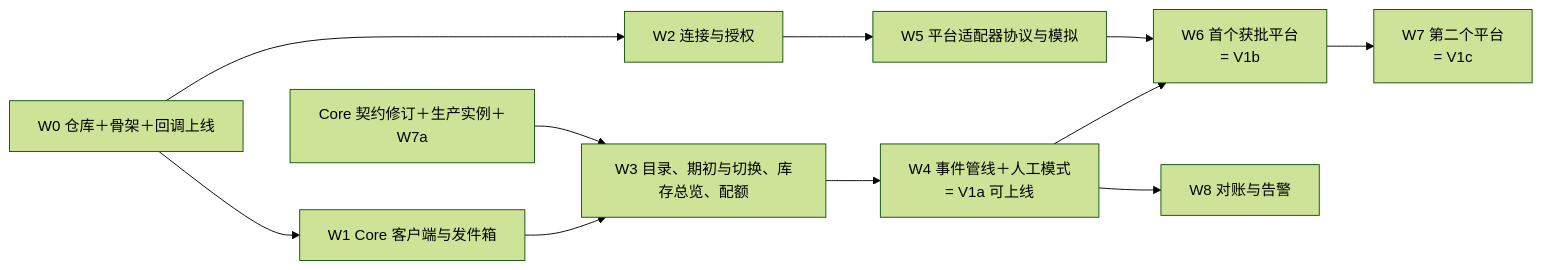
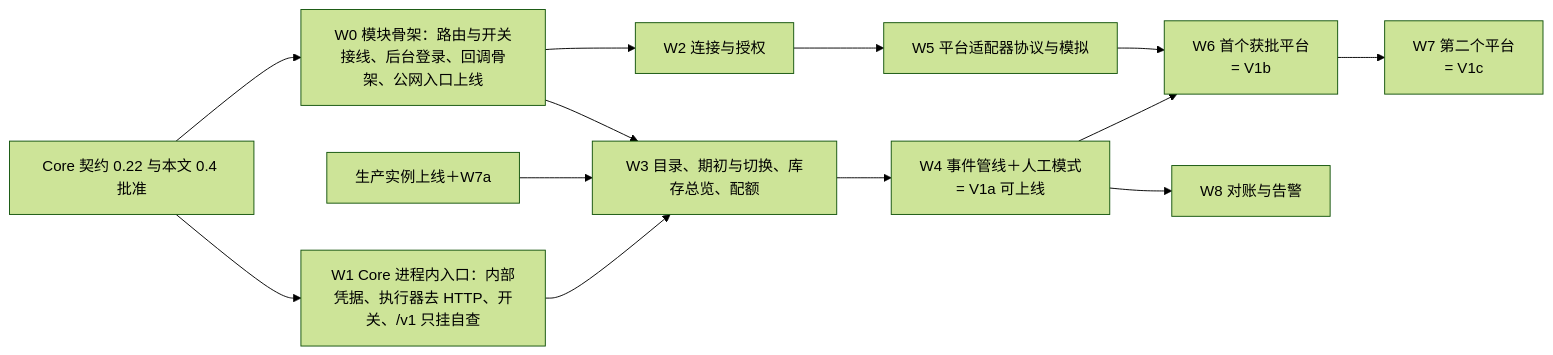
Before and after one commit to kelvinpang90/acuven_stock_core: the second of 2 diagrams in docs/inventory/V1_MINIMAL_DESIGN.md, drawn with Mermaid (forest theme). The commit also changed other lines of this file and 2 other files, not shown here.

First line of the commit message:
docs(inventory): V1 设计 0.4、后台登录 0.2 草案——按并入 Core 改写，加索引

````diff
--- a/docs/inventory/V1_MINIMAL_DESIGN.md
+++ b/docs/inventory/V1_MINIMAL_DESIGN.md
@@ -409,13 +449,15 @@
 ```mermaid
 flowchart LR
-  W0[W0 仓库＋骨架＋回调上线] --> W2[W2 连接与授权]
-  W0 --> W1[W1 Core 客户端与发件箱]
-  C1[Core 契约修订＋生产实例＋W7a] --> W3
-  W1 --> W3[W3 目录、期初与切换、库存总览、配额]
+  C0[Core 契约 0.22 与本文 0.4 批准] --> W1
+  C0 --> W0
+  W1[W1 Core 进程内入口：内部凭据、执行器去 HTTP、开关、/v1 只挂自查] --> W3
+  W0[W0 模块骨架：路由与开关接线、后台登录、回调骨架、公网入口上线] --> W2[W2 连接与授权]
+  C1[生产实例上线＋W7a] --> W3
+  W0 --> W3[W3 目录、期初与切换、库存总览、配额]
   W3 --> W4[W4 事件管线＋人工模式<br/>= V1a 可上线]
   W2 --> W5[W5 平台适配器协议与模拟]
   W4 --> W6[W6 首个获批平台<br/>= V1b]
   W5 --> W6
   W6 --> W7[W7 第二个平台<br/>= V1c]
   W4 --> W8[W8 对账与告警]
 ```
````
